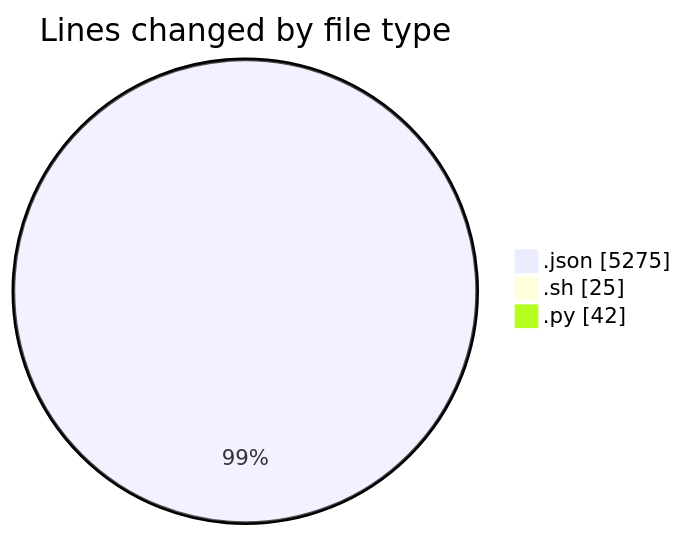
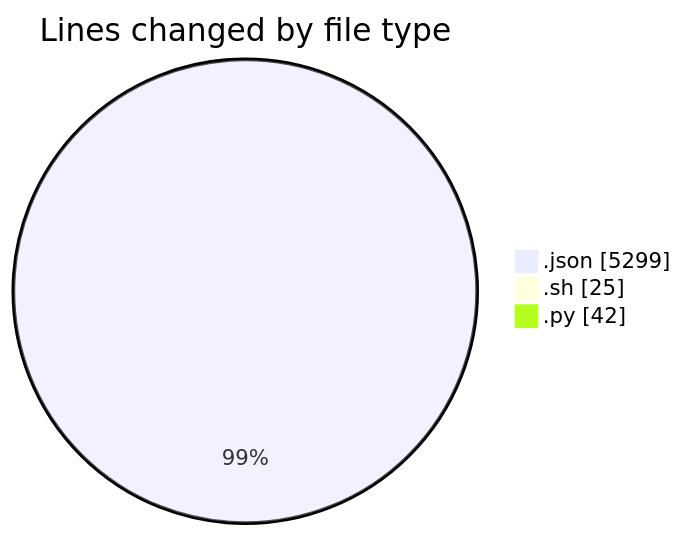
The first of 2 diagrams in 2025-08-03/_claude/README.md (EIIisD/code-tracking), drawn with Mermaid before and after one commit. The commit also changed other lines of this file and 1 other file, not shown here.

````diff
--- a/2025-08-03/_claude/README.md
+++ b/2025-08-03/_claude/README.md
@@ -27,7 +27,7 @@
 ```mermaid
 pie showData
 title Lines changed by file type
-".json" : 5275
+".json" : 5299
 ".sh" : 25
 ".py" : 42
 ```
````
